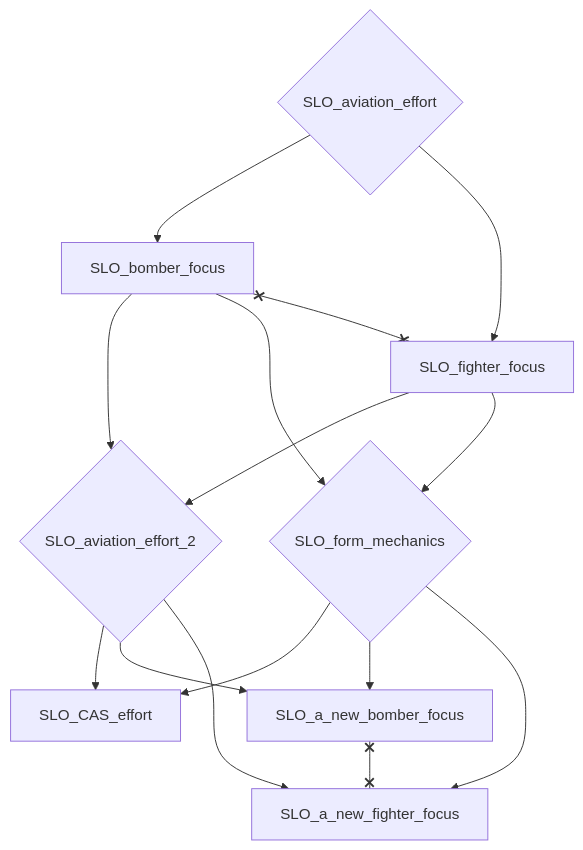
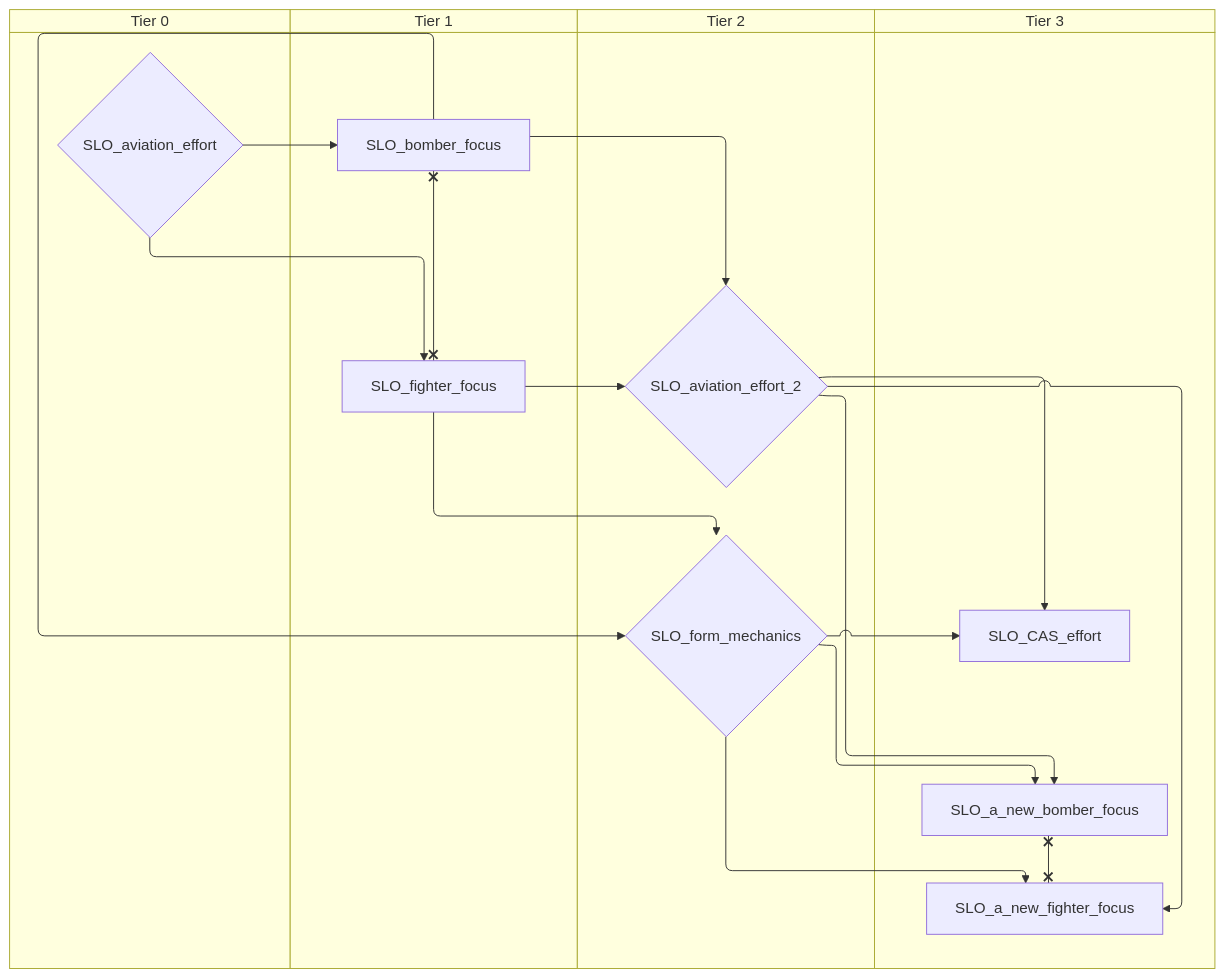
Before and after one commit to evgeny-sobol/hoi4-sandbox-mode-r56: the second of 5 diagrams in docs/gdd/National Focuses/r56/slovakia.md, drawn with Mermaid. The commit also changed other lines of this file and 423 other files, not shown here.

First line of the commit message:
Re-export Rt56 focus trees as swimlane diagrams

````diff
--- a/docs/gdd/National Focuses/r56/slovakia.md
+++ b/docs/gdd/National Focuses/r56/slovakia.md
@@ -79,25 +91,33 @@
 ```mermaid
-flowchart TD
-    n23["SLO_CAS_effort"]
-    n24["SLO_a_new_bomber_focus"]
-    n25["SLO_a_new_fighter_focus"]
-    n26{"SLO_aviation_effort"}
-    n27{"SLO_aviation_effort_2"}
-    n28["SLO_bomber_focus"]
-    n29["SLO_fighter_focus"]
-    n30{"SLO_form_mechanics"}
-    n30 --> n23
-    n27 --> n23
-    n27 --> n24
-    n30 --> n24
-    n30 --> n25
-    n27 --> n25
-    n28 --> n27
-    n29 --> n27
+swimlane-beta TD
+    subgraph tier_0["Tier 0"]
+        n23{"SLO_aviation_effort"}
+    end
+    subgraph tier_1["Tier 1"]
+        n24["SLO_bomber_focus"]
+        n25["SLO_fighter_focus"]
+    end
+    subgraph tier_2["Tier 2"]
+        n26{"SLO_aviation_effort_2"}
+        n27{"SLO_form_mechanics"}
+    end
+    subgraph tier_3["Tier 3"]
+        n28["SLO_CAS_effort"]
+        n29["SLO_a_new_bomber_focus"]
+        n30["SLO_a_new_fighter_focus"]
+    end
+    n27 --> n28
     n26 --> n28
     n26 --> n29
-    n29 --> n30
-    n28 --> n30
+    n27 --> n29
+    n27 --> n30
+    n26 --> n30
+    n24 --> n26
+    n25 --> n26
+    n23 --> n24
+    n23 --> n25
+    n25 --> n27
+    n24 --> n27
+    n29 x--x n30
     n24 x--x n25
-    n28 x--x n29
 ```
````
